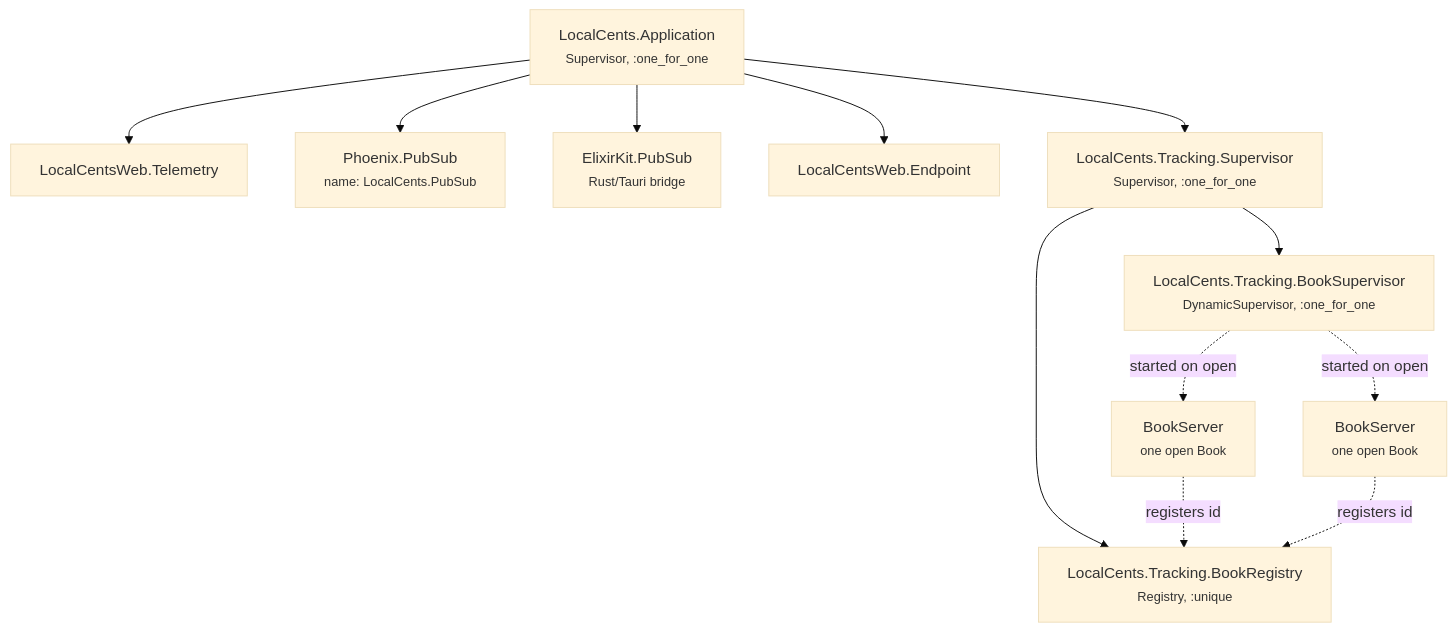
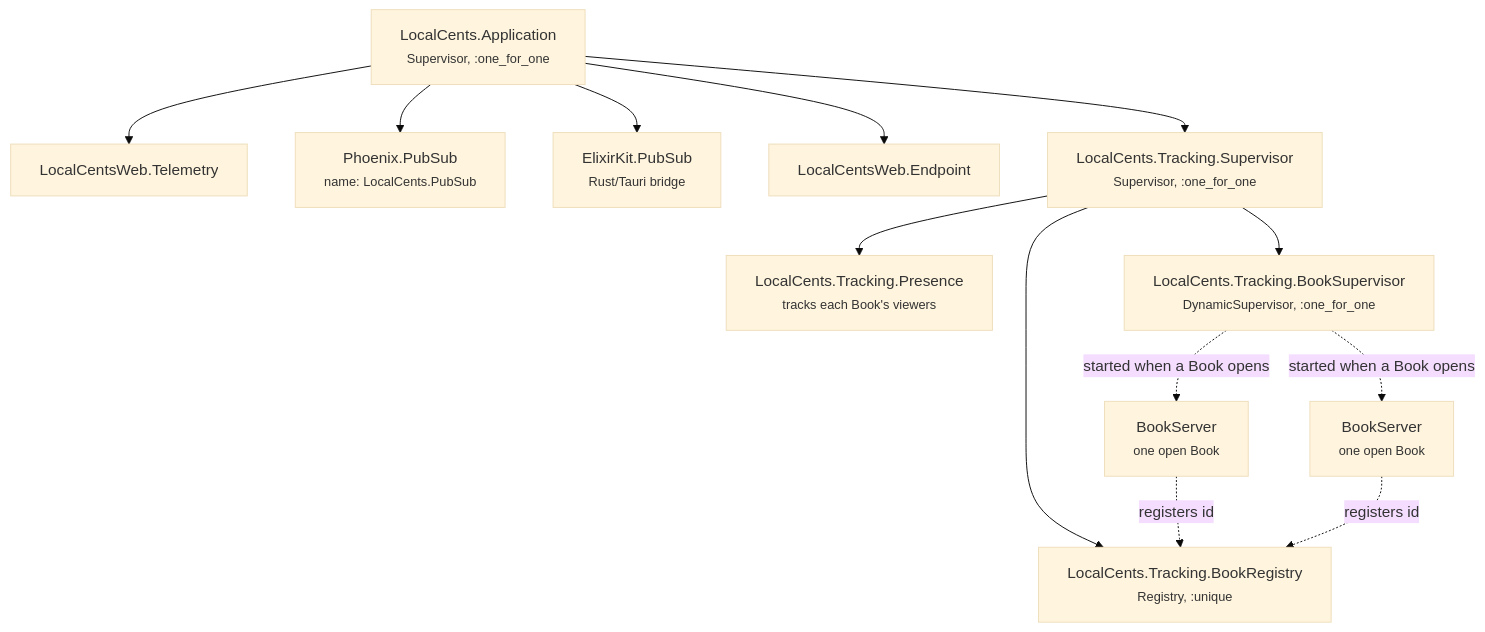
The first of 5 diagrams in docs/book-runtime-architecture.md (zorn/local_cents), drawn with Mermaid (base theme) before and after one commit. The commit also changed other lines of this file and 21 other files, not shown here.

````diff
--- a/docs/book-runtime-architecture.md
+++ b/docs/book-runtime-architecture.md
@@ -34,31 +34,33 @@
 ```mermaid
 graph TD
     App["LocalCents.Application<br/><small>Supervisor, :one_for_one</small>"]
 
     Tel["LocalCentsWeb.Telemetry"]
     PS["Phoenix.PubSub<br/><small>name: LocalCents.PubSub</small>"]
     EK["ElixirKit.PubSub<br/><small>Rust/Tauri bridge</small>"]
     EP["LocalCentsWeb.Endpoint"]
 
     TS["LocalCents.Tracking.Supervisor<br/><small>Supervisor, :one_for_one</small>"]
     Reg["LocalCents.Tracking.BookRegistry<br/><small>Registry, :unique</small>"]
+    Pres["LocalCents.Tracking.Presence<br/><small>tracks each Book's viewers</small>"]
     DS["LocalCents.Tracking.BookSupervisor<br/><small>DynamicSupervisor, :one_for_one</small>"]
 
     BS1["BookServer<br/><small>one open Book</small>"]
     BS2["BookServer<br/><small>one open Book</small>"]
 
     App --> Tel
     App --> PS
     App --> TS
     App --> EK
     App --> EP
 
     TS --> Reg
+    TS --> Pres
     TS --> DS
 
-    DS -.->|started on open| BS1
-    DS -.->|started on open| BS2
+    DS -.->|started when a Book opens| BS1
+    DS -.->|started when a Book opens| BS2
 
     BS1 -.->|registers id| Reg
     BS2 -.->|registers id| Reg
 ```
````
